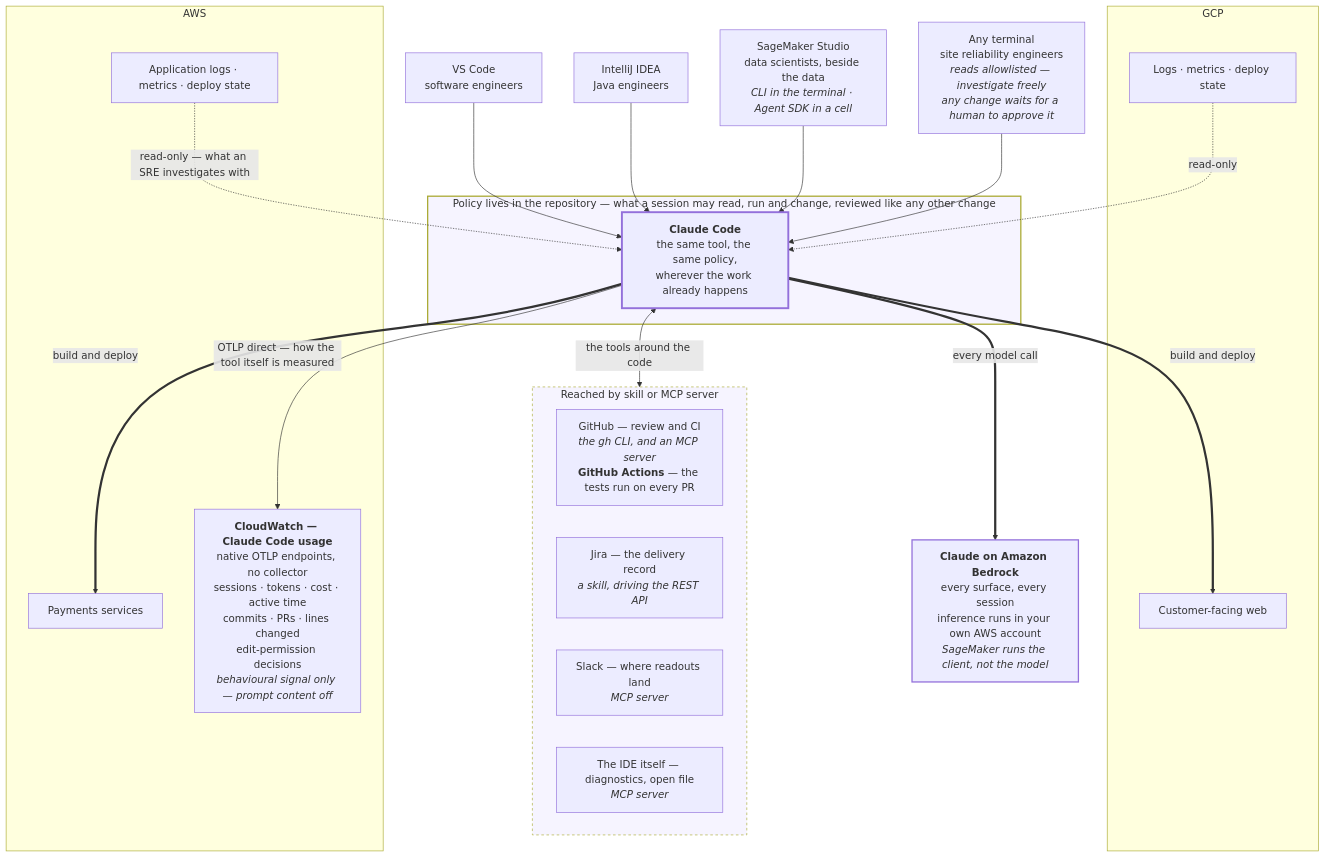
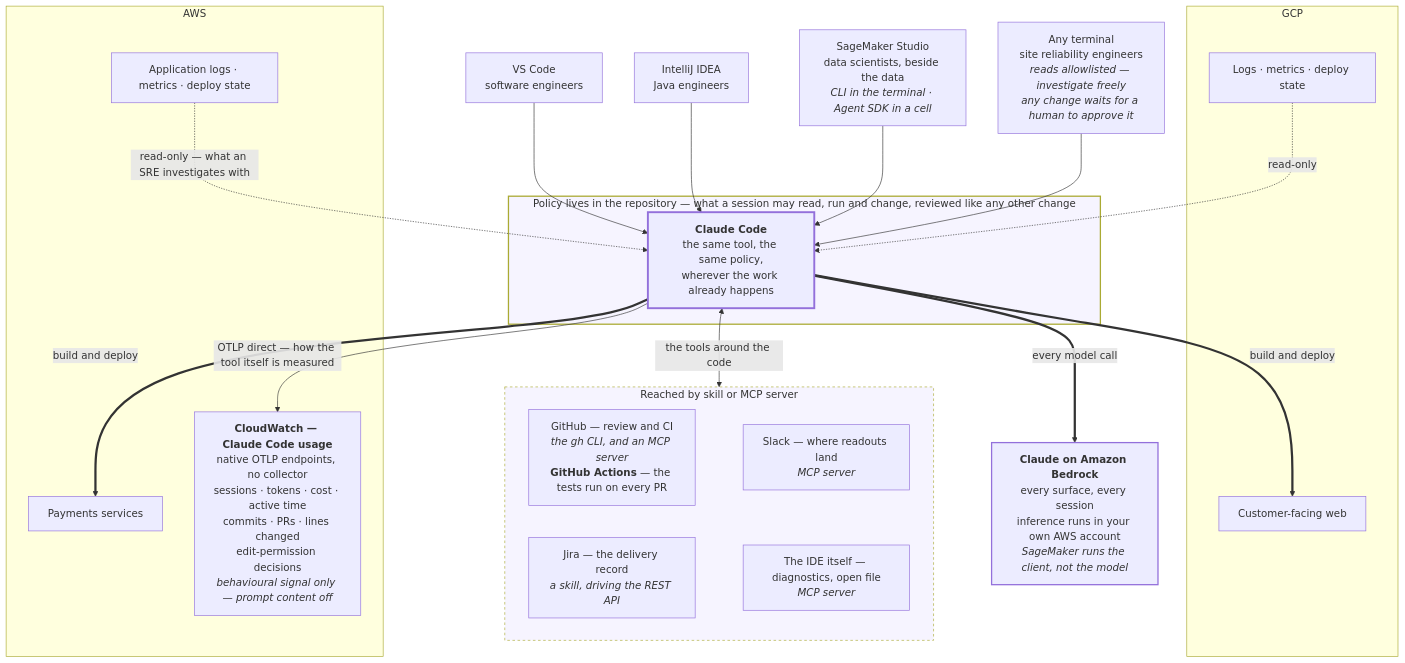
The diagram in src/overview-redacted.mmd (congmingwudi/ft-architecture), drawn with Mermaid before and after one commit. The commit also changed 2 other files, not shown here.

Commit message:
Rebuild architecture page — 2026-08-21

```diff
--- a/src/overview-redacted.mmd
+++ b/src/overview-redacted.mmd
@@ -1,48 +1,52 @@
 flowchart TB
   VSC["VS Code<br/>software engineers"]
   IJ["IntelliJ IDEA<br/>Java engineers"]
   SM["SageMaker Studio<br/>data scientists, beside the data<br/><i>CLI in the terminal · Agent SDK in a cell</i>"]
   TERM["Any terminal<br/>site reliability engineers<br/><i>reads allowlisted — investigate freely</i><br/><i>any change waits for a human to approve it</i>"]
 
   subgraph GOVERNED["Policy lives in the repository — what a session may read, run and change, reviewed like any other change"]
     CC["<b>Claude Code</b><br/>the same tool, the same policy,<br/>wherever the work already happens"]
   end
 
   BR["<b>Claude on Amazon Bedrock</b><br/>every surface, every session<br/>inference runs in your own AWS account<br/><i>SageMaker runs the client, not the model</i>"]
 
   subgraph TOOLING["Reached by skill or MCP server"]
     GH["GitHub — review and CI<br/><i>the gh CLI, and an MCP server</i><br/><b>GitHub Actions</b> — the tests run on every PR"]
     JIRA["Jira — the delivery record<br/><i>a skill, driving the REST API</i>"]
     SLACK["Slack — where readouts land<br/><i>MCP server</i>"]
     IDEMCP["The IDE itself — diagnostics, open file<br/><i>MCP server</i>"]
+    %% invisible links lay these out 2x2 instead of one tall column, so the
+    %% diagram fits a slide: GH/JIRA share a rank, SLACK/IDEMCP sit beneath them
+    GH ~~~ SLACK
+    JIRA ~~~ IDEMCP
   end
 
   subgraph GCP["GCP"]
     GCPAPP["Customer-facing web"]
     GCPOBS["Logs · metrics · deploy state"]
   end
   subgraph AWS["AWS"]
     AWSAPP["Payments services"]
     AWSOBS["Application logs · metrics · deploy state"]
     CWCC["<b>CloudWatch — Claude Code usage</b><br/>native OTLP endpoints, no collector<br/>sessions · tokens · cost · active time<br/>commits · PRs · lines changed<br/>edit-permission decisions<br/><i>behavioural signal only — prompt content off</i>"]
   end
 
   VSC --> CC
   IJ --> CC
   SM --> CC
   TERM --> CC
 
   CC <-->|"the tools around the code"| TOOLING
   CC ==>|"every model call"| BR
   CC ==>|"build and deploy"| AWSAPP
   CC ==>|"build and deploy"| GCPAPP
   CC -->|"OTLP direct — how the tool itself is measured"| CWCC
   AWSOBS -.->|"read-only — what an SRE investigates with"| CC
   GCPOBS -.->|"read-only"| CC
 
   style TOOLING fill:#f6f4ff,stroke-dasharray:4
   style GOVERNED fill:#f6f4ff,stroke-width:2px
   classDef hub stroke-width:3px;
   classDef plane stroke-width:2px;
   class CC hub;
   class BR plane;
```
